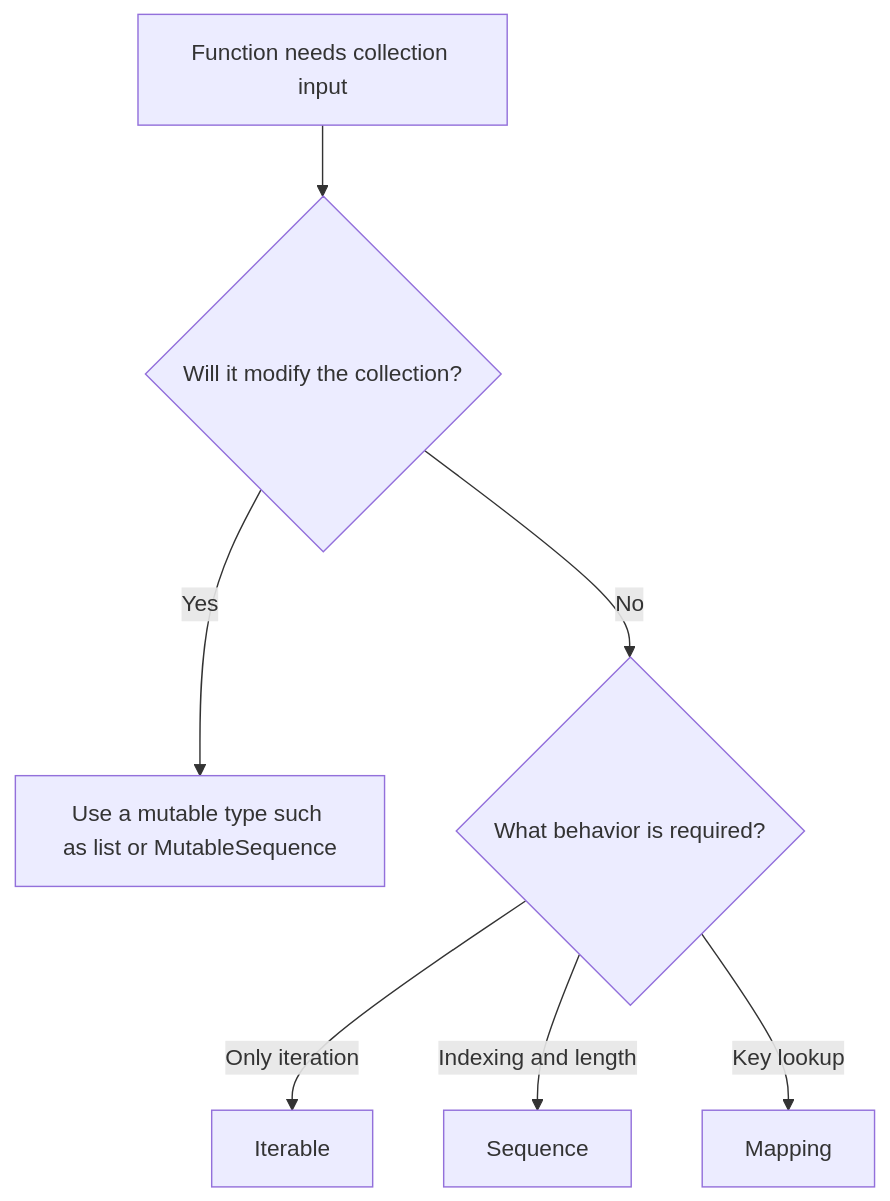
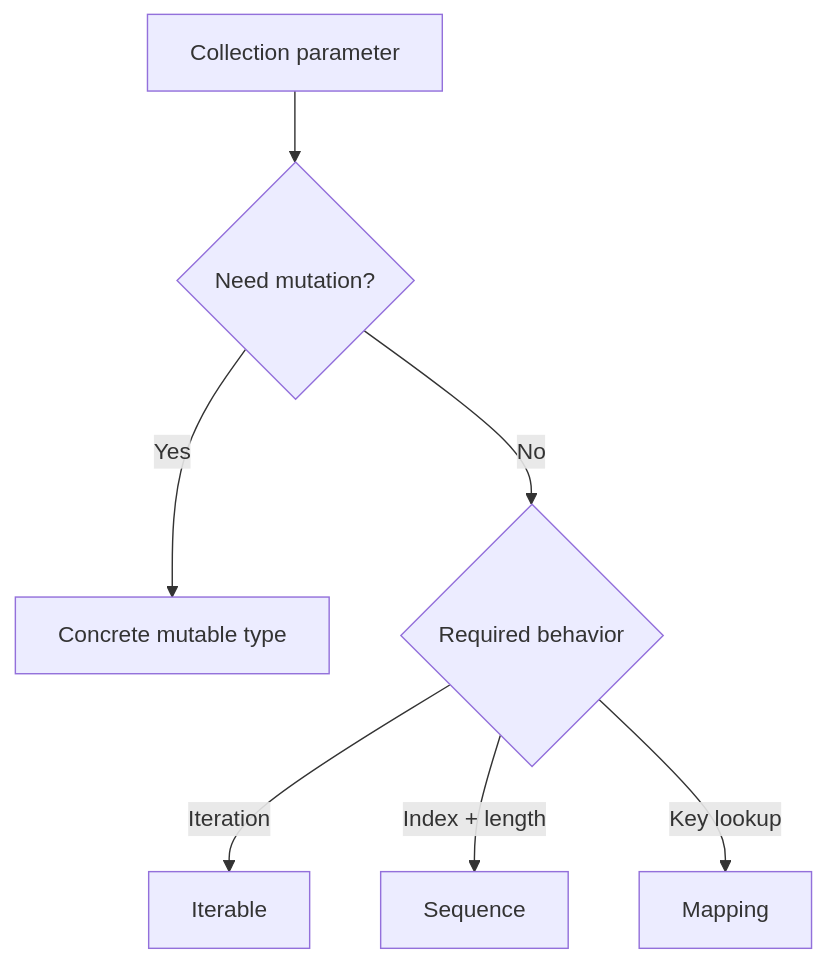
One commit to AvadhBhalodiya/Interview-Preparation changed the second of 4 diagrams in src/content/python/type-hints-typing.md. Above: the diagram before and after it, drawn with Mermaid. The commit also changed other lines of this file and 80 other files, not shown here.

````diff
--- a/src/content/python/type-hints-typing.md
+++ b/src/content/python/type-hints-typing.md
@@ -221,9 +153,9 @@
 ```mermaid
 flowchart TD
-    A[Function needs collection input] --> B{Will it modify the collection?}
-    B -->|Yes| C[Use a mutable type such as list or MutableSequence]
-    B -->|No| D{What behavior is required?}
-    D -->|Only iteration| E[Iterable]
-    D -->|Indexing and length| F[Sequence]
+    A[Collection parameter] --> B{Need mutation?}
+    B -->|Yes| C[Concrete mutable type]
+    B -->|No| D{Required behavior}
+    D -->|Iteration| E[Iterable]
+    D -->|Index + length| F[Sequence]
     D -->|Key lookup| G[Mapping]
 ```
````
